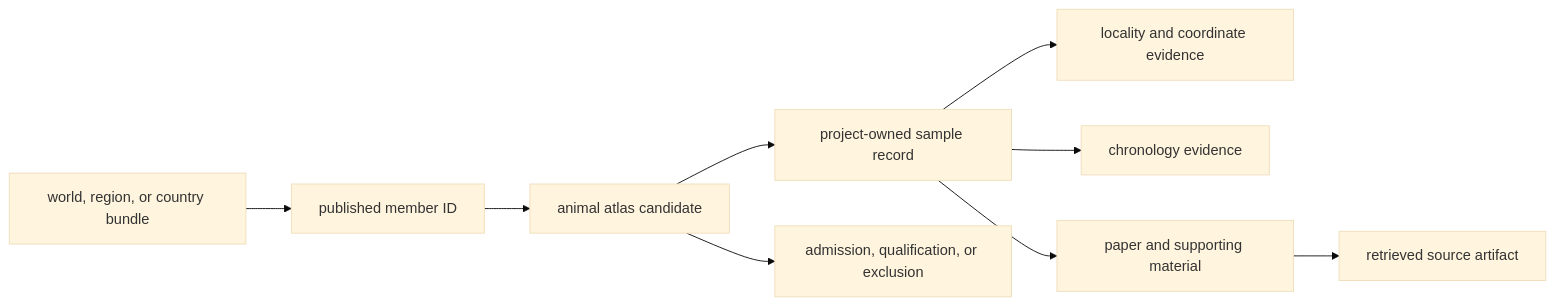
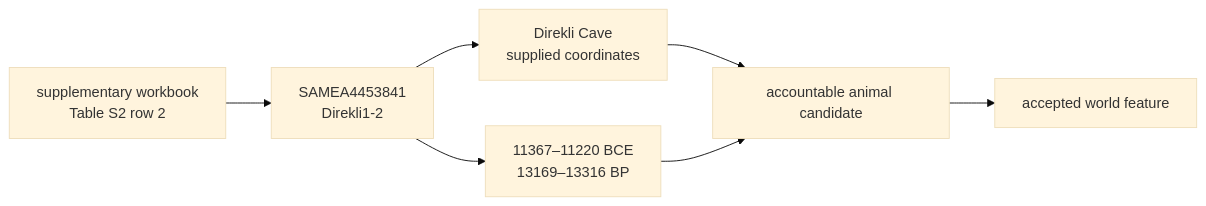
Before and after one commit to bijux/bijux-pollenomics: the third of 5 diagrams in README.md, drawn with Mermaid (base theme). The commit also changed other lines of this file and 2 other files, not shown here.

Commit message:
docs(entrypoints): ground trust routes in governed evidence

````diff
--- a/README.md
+++ b/README.md
@@ -125,11 +134,9 @@
 ```mermaid
 flowchart LR
-    Product["world, region, or country bundle"] --> Member["published member ID"]
-    Member --> Candidate["animal atlas candidate"]
-    Candidate --> Sample["project-owned sample record"]
-    Sample --> Place["locality and coordinate evidence"]
-    Sample --> Time["chronology evidence"]
-    Sample --> Literature["paper and supporting material"]
-    Literature --> Capture["retrieved source artifact"]
-    Candidate --> Decision["admission, qualification, or exclusion"]
+    Workbook["supplementary workbook<br/>Table S2 row 2"] --> Sample["SAMEA4453841<br/>Direkli1-2"]
+    Sample --> Locality["Direkli Cave<br/>supplied coordinates"]
+    Sample --> Chronology["11367–11220 BCE<br/>13169–13316 BP"]
+    Locality --> Candidate["accountable animal candidate"]
+    Chronology --> Candidate
+    Candidate --> World["accepted world feature"]
 ```
````
